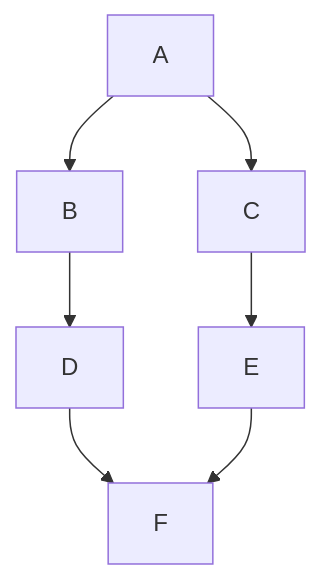
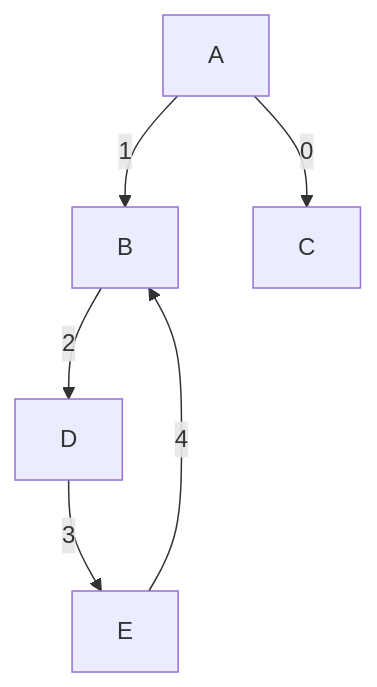
One commit to BasharAlwarad/Software_Engineering_course changed the fourth of 8 diagrams in graphs/graphs_traversal.md. Above: the diagram before and after it, drawn with Mermaid. The commit also changed other lines of this file and 2 other files, not shown here.

````diff
--- a/graphs/graphs_traversal.md
+++ b/graphs/graphs_traversal.md
@@ -160,9 +221,8 @@
 ```mermaid
 graph TD
-  A --> B
-  A --> C
-  B --> D
-  C --> E
-  D --> F
-  E --> F
+  A -->|1| B
+  A -->|0| C
+  B -->|2| D
+  D -->|3| E
+  E -->|4| B
 ```
````
